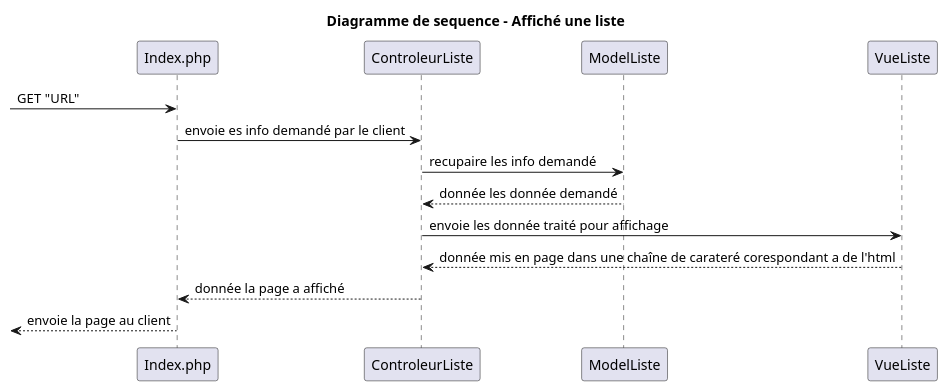
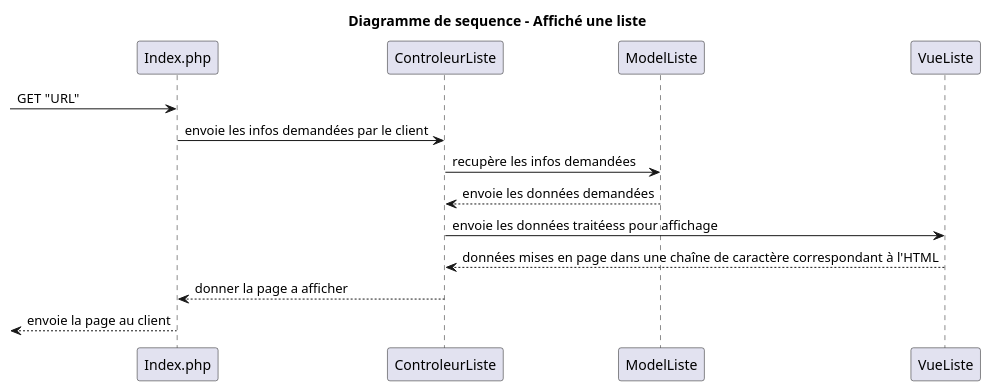
The diagram in doc/Diagramme Sequence Liste Affiche.puml (AlasDiablo/php-project-2019), drawn with PlantUML before and after one commit.

Commit message:
Correction fautes diagramma

```diff
--- a/doc/Diagramme Sequence Liste Affiche.puml
+++ b/doc/Diagramme Sequence Liste Affiche.puml
@@ -1,19 +1,19 @@
 @startuml
 
 title Diagramme de sequence - Affiché une liste
 
 participant Index.php as index
 participant ControleurListe as CListe
 participant ModelListe as MListe
 participant VueListe as VListe
 
 -> index: GET "URL"
-index -> CListe: envoie es info demandé par le client
-CListe -> MListe: recupaire les info demandé
-CListe <-- MListe: donnée les donnée demandé
-CListe -> VListe: envoie les donnée traité pour affichage
-CListe <-- VListe: donnée mis en page dans une chaîne de carateré corespondant a de l'html
-index <-- CListe: donnée la page a affiché
+index -> CListe: envoie les infos demandées par le client
+CListe -> MListe: recupère les infos demandées
+CListe <-- MListe: envoie les données demandées
+CListe -> VListe: envoie les données traitéess pour affichage
+CListe <-- VListe: données mises en page dans une chaîne de caractère correspondant à l'HTML
+index <-- CListe: donner la page a afficher
 <-- index: envoie la page au client
 
 @enduml
```
